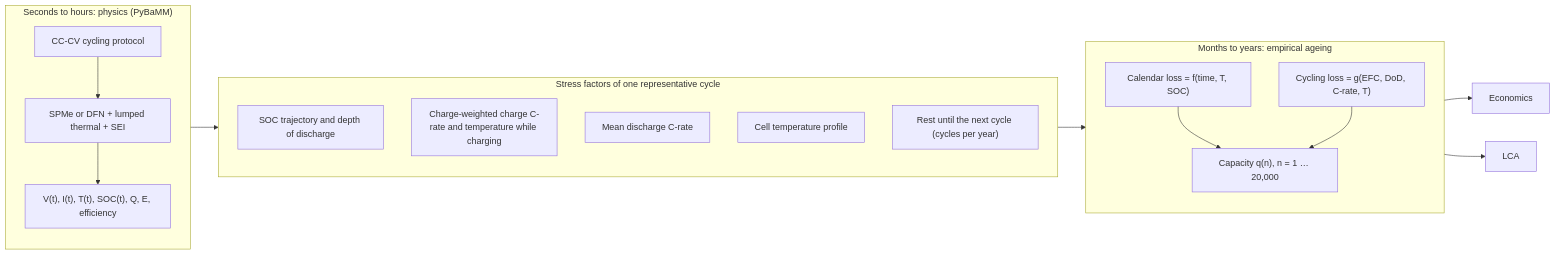
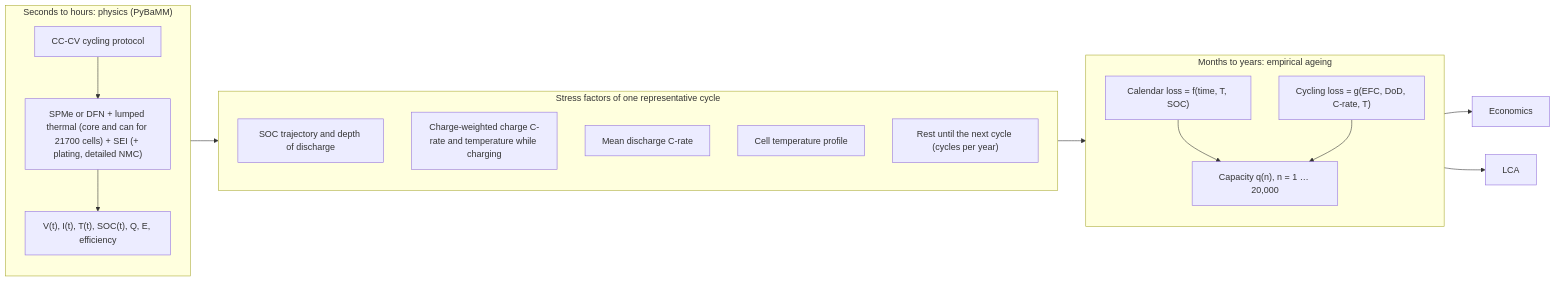
The second of 12 diagrams in README.md (TheJohn01/DigitalTwinBattery), drawn with Mermaid before and after one commit. The commit also changed other lines of this file, not shown here.

````diff
--- a/README.md
+++ b/README.md
@@ -280,26 +284,26 @@
 ```mermaid
 flowchart LR
     subgraph FAST["Seconds to hours: physics (PyBaMM)"]
         direction TB
-        P1["CC-CV cycling protocol"] --> P2["SPMe or DFN + lumped thermal + SEI"]
+        P1["CC-CV cycling protocol"] --> P2["SPMe or DFN + lumped thermal (core and can for 21700 cells) + SEI (+ plating, detailed NMC)"]
         P2 --> P3["V(t), I(t), T(t), SOC(t), Q, E, efficiency"]
     end
     subgraph LINK["Stress factors of one representative cycle"]
         direction TB
         L1["SOC trajectory and depth of discharge"]
         L2["Charge-weighted charge C-rate and temperature while charging"]
         L3["Mean discharge C-rate"]
         L4["Cell temperature profile"]
         L5["Rest until the next cycle (cycles per year)"]
     end
     subgraph SLOW["Months to years: empirical ageing"]
         direction TB
         S1["Calendar loss = f(time, T, SOC)"]
         S2["Cycling loss = g(EFC, DoD, C-rate, T)"]
         S1 --> S3["Capacity q(n), n = 1 … 20,000"]
         S2 --> S3
     end
     FAST --> LINK --> SLOW
     SLOW --> TEA["Economics"]
     SLOW --> LCA["LCA"]
 ```
````
